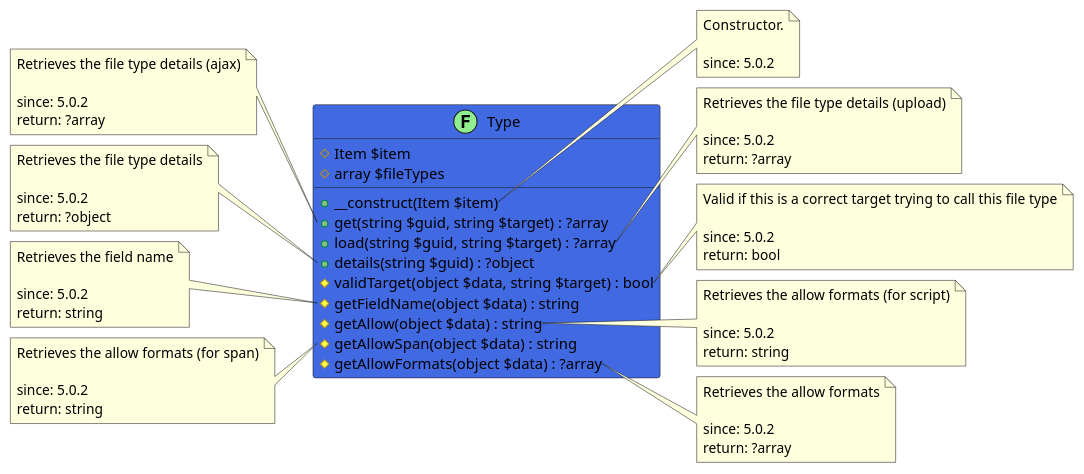
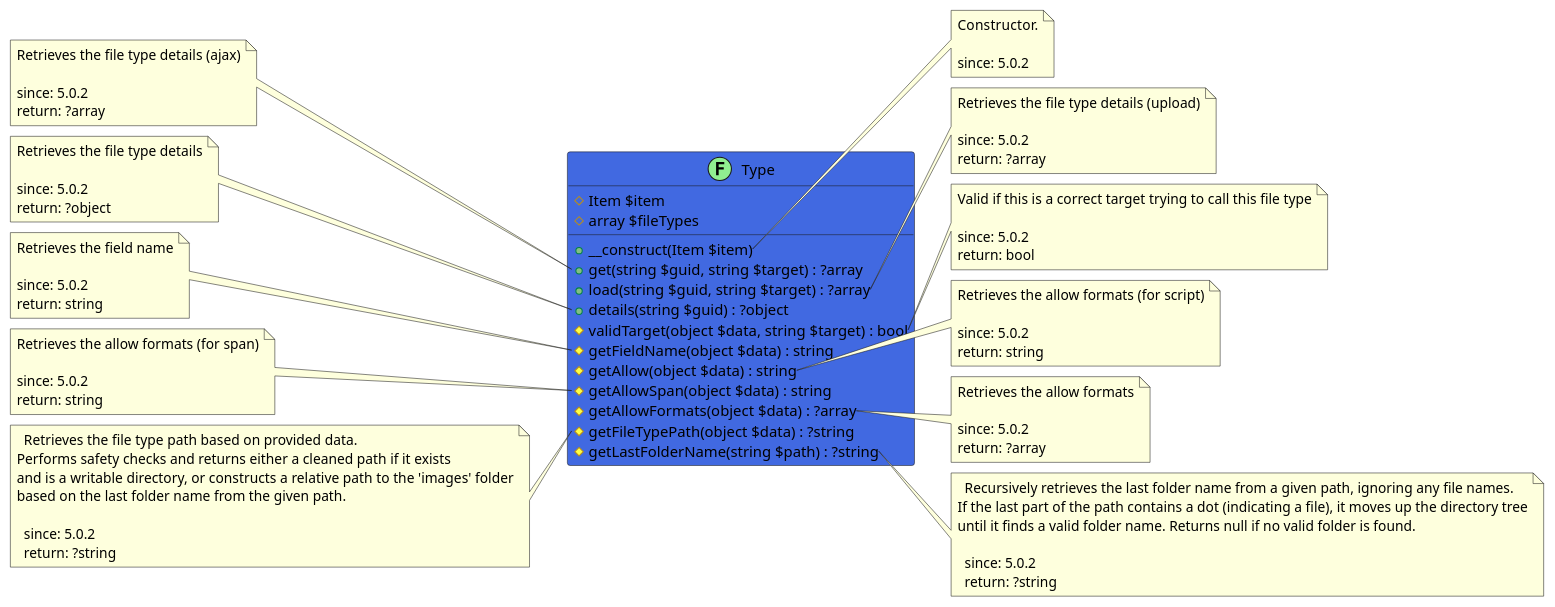
Before and after one commit to joomengine/super-powers: the diagram in src/12a2a8de-a893-4dbb-a53d-b52de4f6cb0e/README.md, drawn with PlantUML. The commit also changed 5 other files, not shown here.

````diff
--- a/src/12a2a8de-a893-4dbb-a53d-b52de4f6cb0e/README.md
+++ b/src/12a2a8de-a893-4dbb-a53d-b52de4f6cb0e/README.md
@@ -23,6 +23,8 @@
   # getAllow(object $data) : string
   # getAllowSpan(object $data) : string
   # getAllowFormats(object $data) : ?array
+  # getFileTypePath(object $data) : ?string
+  # getLastFolderName(string $path) : ?string
 }
 
 note right of Type::__construct
@@ -86,6 +88,25 @@
   since: 5.0.2
   return: ?array
 end note
+
+note left of Type::getFileTypePath
+  Retrieves the file type path based on provided data.
+Performs safety checks and returns either a cleaned path if it exists
+and is a writable directory, or constructs a relative path to the 'images' folder
+based on the last folder name from the given path.
+
+  since: 5.0.2
+  return: ?string
+end note
+
+note right of Type::getLastFolderName
+  Recursively retrieves the last folder name from a given path, ignoring any file names.
+If the last part of the path contains a dot (indicating a file), it moves up the directory tree
+until it finds a valid folder name. Returns null if no valid folder is found.
+
+  since: 5.0.2
+  return: ?string
+end note
  
 @enduml
 ```
````
